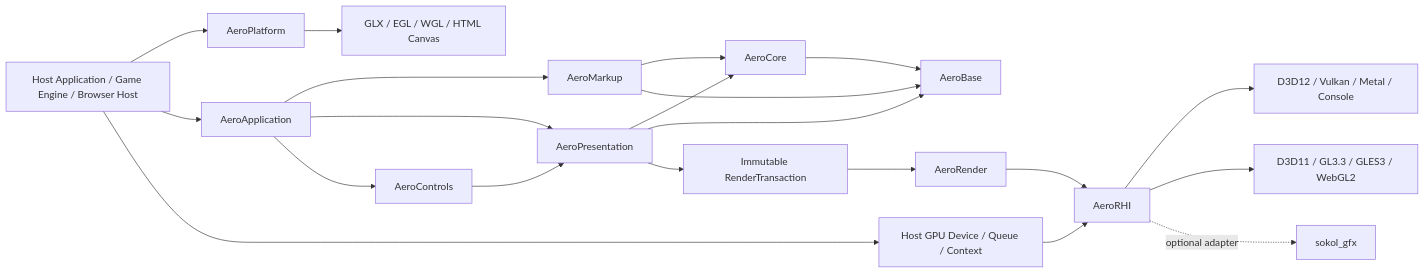
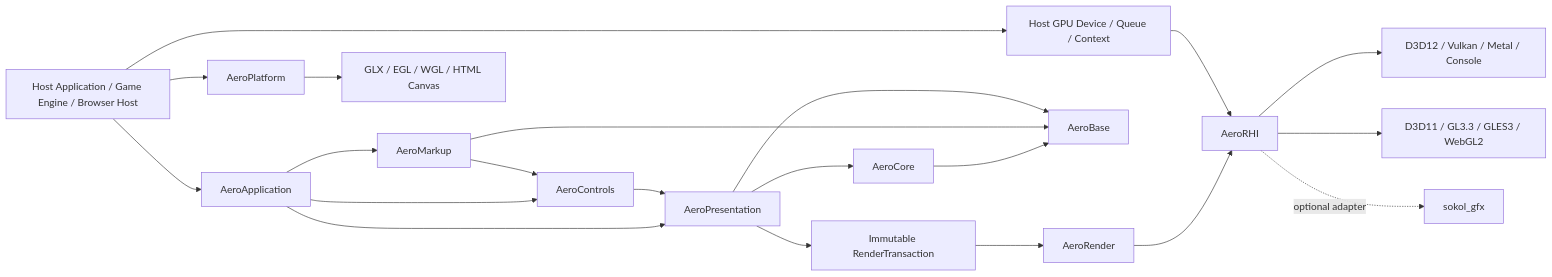
Before and after one commit to smithw2055-rgb/AeroGUI: the diagram in README.md, drawn with Mermaid. The commit also changed other lines of this file and 183 other files, not shown here.

````diff
--- a/README.md
+++ b/README.md
@@ -80,29 +80,29 @@
 ```mermaid
 flowchart LR
     Host[Host Application / Game Engine / Browser Host] --> Platform[AeroPlatform]
     Host --> App[AeroApplication]
     Host --> Device[Host GPU Device / Queue / Context]
 
     App --> Markup[AeroMarkup]
     App --> Presentation[AeroPresentation]
     App --> Controls[AeroControls]
 
-    Markup --> Core[AeroCore]
-    Presentation --> Core
+    Markup --> Controls
     Controls --> Presentation
+    Presentation --> Core[AeroCore]
 
     Core --> Base[AeroBase]
     Markup --> Base
     Presentation --> Base
 
     Presentation --> Tx[Immutable RenderTransaction]
     Tx --> Render[AeroRender]
     Render --> RHI[AeroRHI]
     Device --> RHI
 
     RHI --> Modern[D3D12 / Vulkan / Metal / Console]
     RHI --> Compat[D3D11 / GL3.3 / GLES3 / WebGL2]
     RHI -. optional adapter .-> Sokol[sokol_gfx]
 
     Platform --> Surface[GLX / EGL / WGL / HTML Canvas]
 ```
````
